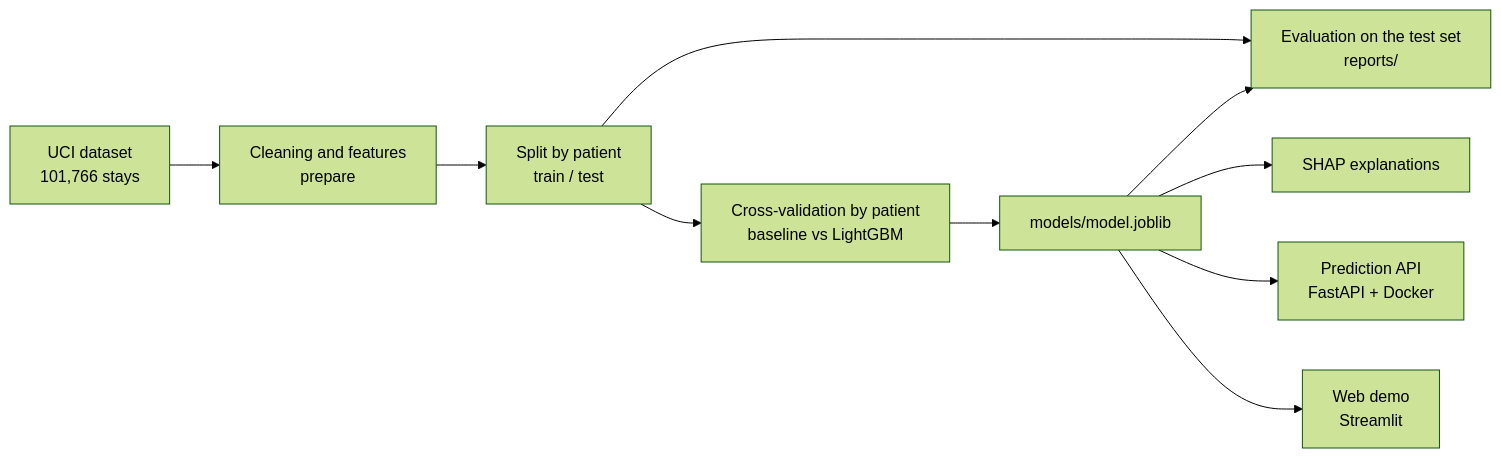
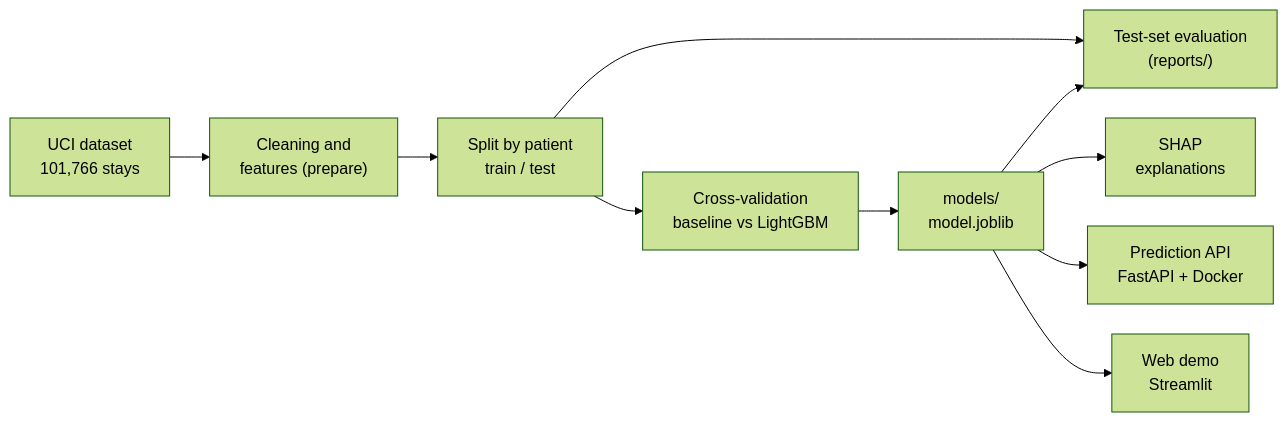
Before and after one commit to agilmouzo/readmission-risk: the diagram in README.md, drawn with Mermaid (forest theme). The commit also changed 1 other file, not shown here.

Commit message:
Fix clipped labels in the Mermaid diagram

````diff
--- a/README.md
+++ b/README.md
@@ -62,12 +62,13 @@
 ```mermaid
+%%{init: {"flowchart": {"htmlLabels": false, "nodeSpacing": 30, "rankSpacing": 40}}}%%
 flowchart LR
-    A[UCI dataset<br/>101,766 stays] --> B[Cleaning and features<br/>prepare]
-    B --> C[Split by patient<br/>train / test]
-    C --> D[Cross-validation by patient<br/>baseline vs LightGBM]
-    D --> E[models/model.joblib]
-    C --> F[Evaluation on the test set<br/>reports/]
+    A["UCI dataset<br/>101,766 stays"] --> B["Cleaning and<br/>features (prepare)"]
+    B --> C["Split by patient<br/>train / test"]
+    C --> D["Cross-validation<br/>baseline vs LightGBM"]
+    D --> E["models/<br/>model.joblib"]
+    C --> F["Test-set evaluation<br/>(reports/)"]
     E --> F
-    E --> G[SHAP explanations]
-    E --> H[Prediction API<br/>FastAPI + Docker]
-    E --> I[Web demo<br/>Streamlit]
+    E --> G["SHAP<br/>explanations"]
+    E --> H["Prediction API<br/>FastAPI + Docker"]
+    E --> I["Web demo<br/>Streamlit"]
 ```
````
